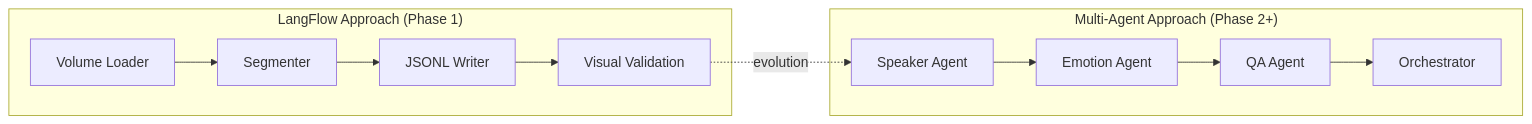
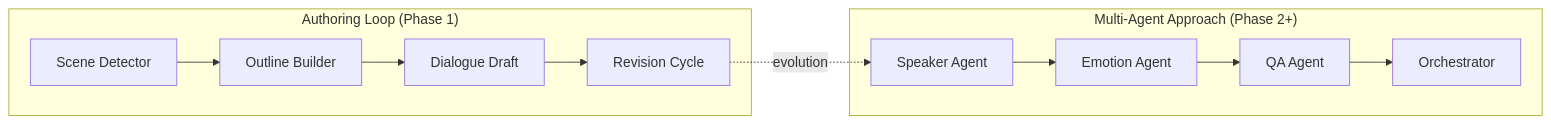
One commit to jwardwell7077/agent-audiobook-maker changed the diagram in docs/03-implementation/README.md. Above: the diagram before and after it, drawn with Mermaid. The commit also changed other lines of this file and 19 other files, not shown here.

Commit message:
chore: pivot project remove LangFlow components and docs; introduce script authoring direction

````diff
--- a/docs/03-implementation/README.md
+++ b/docs/03-implementation/README.md
@@ -58,16 +59,16 @@
 ```mermaid
 graph LR
-    subgraph "LangFlow Approach (Phase 1)"
-        L1[Volume Loader] --> L2[Segmenter]
-        L2 --> L3[JSONL Writer]
-        L3 --> L4[Visual Validation]
+    subgraph "Authoring Loop (Phase 1)"
+        L1[Scene Detector] --> L2[Outline Builder]
+        L2 --> L3[Dialogue Draft]
+        L3 --> L4[Revision Cycle]
     end
 
     subgraph "Multi-Agent Approach (Phase 2+)"
         M1[Speaker Agent] --> M2[Emotion Agent]
         M2 --> M3[QA Agent]
         M3 --> M4[Orchestrator]
     end
 
     L4 -.evolution.-> M1
 ```
````
